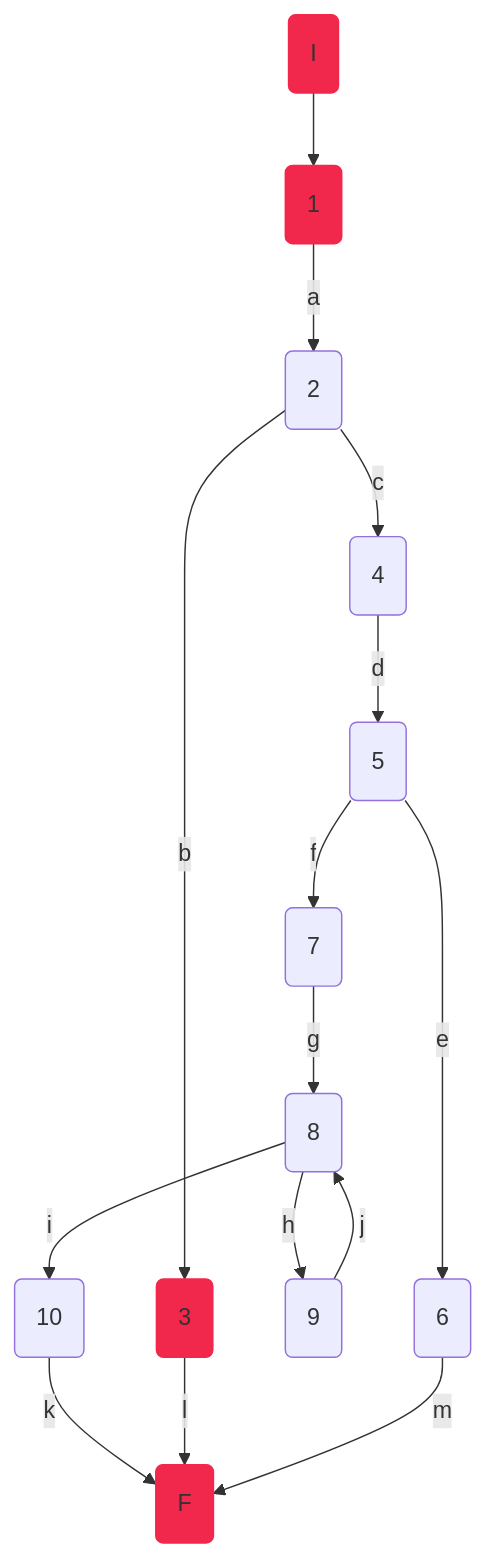
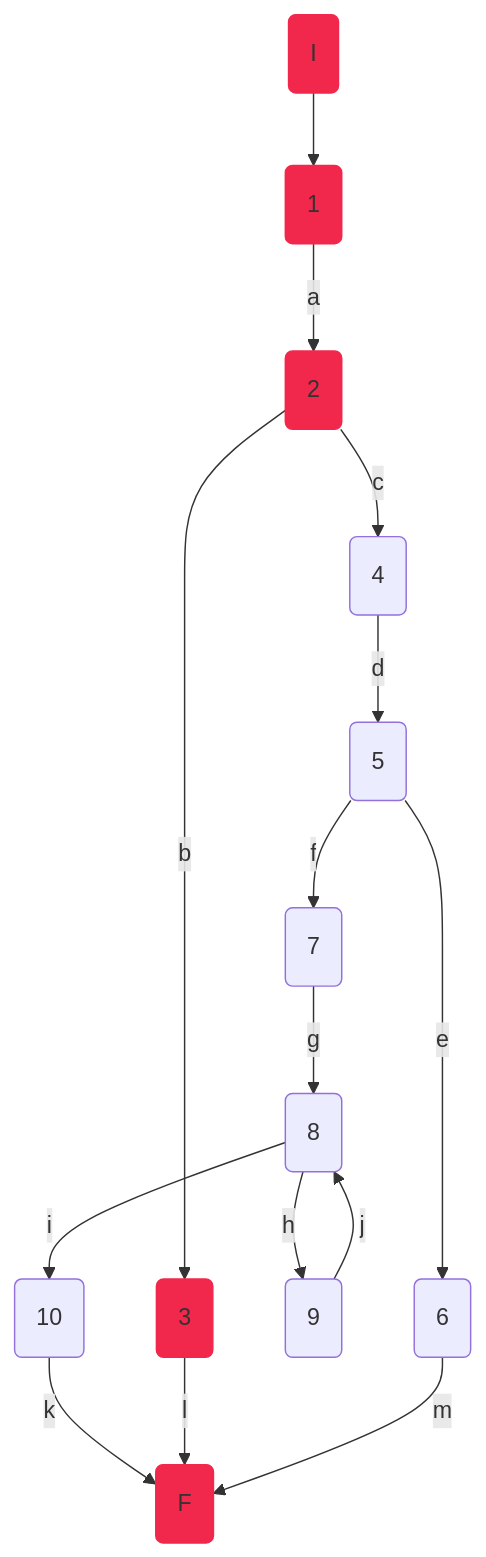
Before and after one commit to tiaraRS/CALIDAD-practica2-PruebasDeUnidad-AhtletesAPI-UNIT-TESTING: diagram 18 of 35 in InformePractica2/tcDiego/tcDiego.md, drawn with Mermaid. The commit also changed other lines of this file and 1 other file, not shown here.

Commit message:
Diego graph correction

````diff
--- a/InformePractica2/tcDiego/tcDiego.md
+++ b/InformePractica2/tcDiego/tcDiego.md
@@ -949,18 +949,18 @@
 ```mermaid
 graph TD
     I(I):::c1 --> 1(1):::c1
-    1 --a--> 2(2)
+    1 --a--> 2(2):::c1
     2 --b--> 3(3):::c1
     2 --c--> 4(4)
     4 --d--> 5(5)
     5 --e--> 6(6)
     5 --f--> 7(7)
     7 --g--> 8(8)
     8 --h--> 9(9)
     8 --i--> 10(10)
     9 --j--> 8(8)
     10 --k--> F(F)
     3 --l--> F(F):::c1
     6 --m--> F(F)
 classDef c1 fill:#F2274C, stroke:#F2274C;
 ```
````
